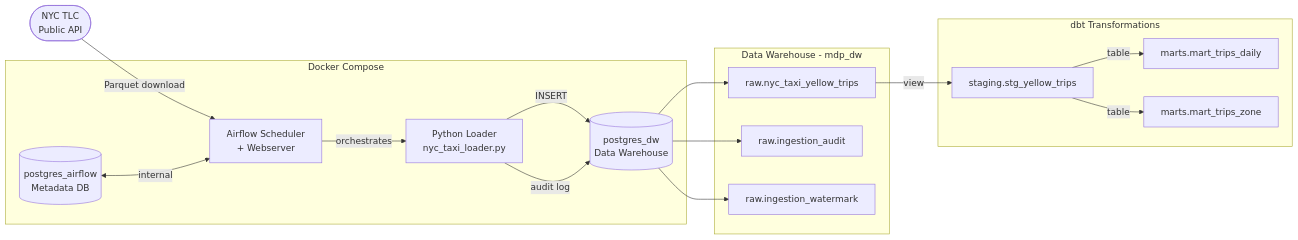
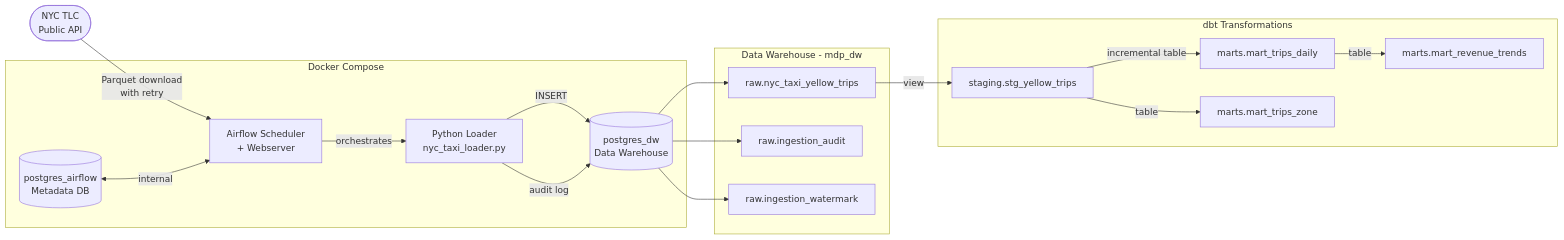
The diagram in README.md (Joao-Data-Engineer/modern-data-pipeline), drawn with Mermaid before and after one commit. The commit also changed other lines of this file and 10 other files, not shown here.

````diff
--- a/README.md
+++ b/README.md
@@ -9,24 +9,25 @@
 ```mermaid
 flowchart LR
-    A([NYC TLC\nPublic API]) -->|Parquet download| B
+    A([NYC TLC\nPublic API]) -->|Parquet download\nwith retry| B
 
     subgraph Docker Compose
         B[Airflow Scheduler\n+ Webserver]
         B -->|orchestrates| C[Python Loader\nnyc_taxi_loader.py]
         C -->|INSERT| D[(postgres_dw\nData Warehouse)]
         C -->|audit log| D
         E[(postgres_airflow\nMetadata DB)] <-->|internal| B
     end
 
     subgraph Data Warehouse - mdp_dw
         D --> F[raw.nyc_taxi_yellow_trips]
         D --> G[raw.ingestion_audit]
         D --> H[raw.ingestion_watermark]
     end
 
     subgraph dbt Transformations
         F -->|view| I[staging.stg_yellow_trips]
-        I -->|table| J[marts.mart_trips_daily]
+        I -->|incremental table| J[marts.mart_trips_daily]
         I -->|table| K[marts.mart_trips_zone]
+        J -->|table| L[marts.mart_revenue_trends]
     end
 ```
````
